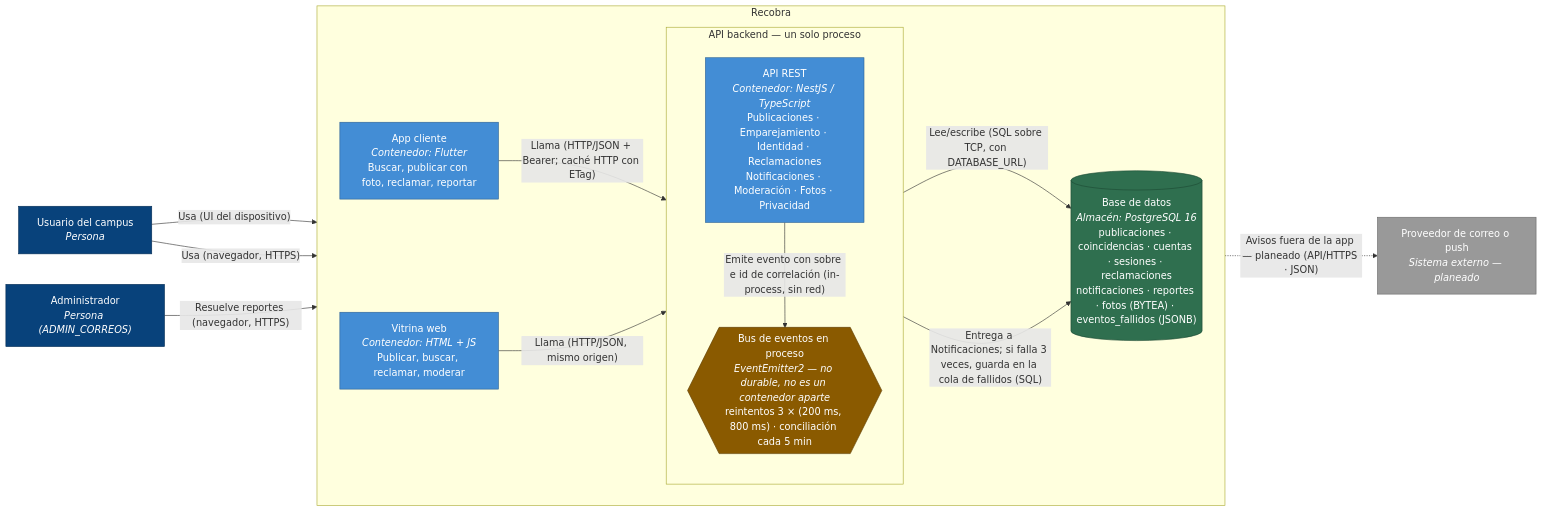
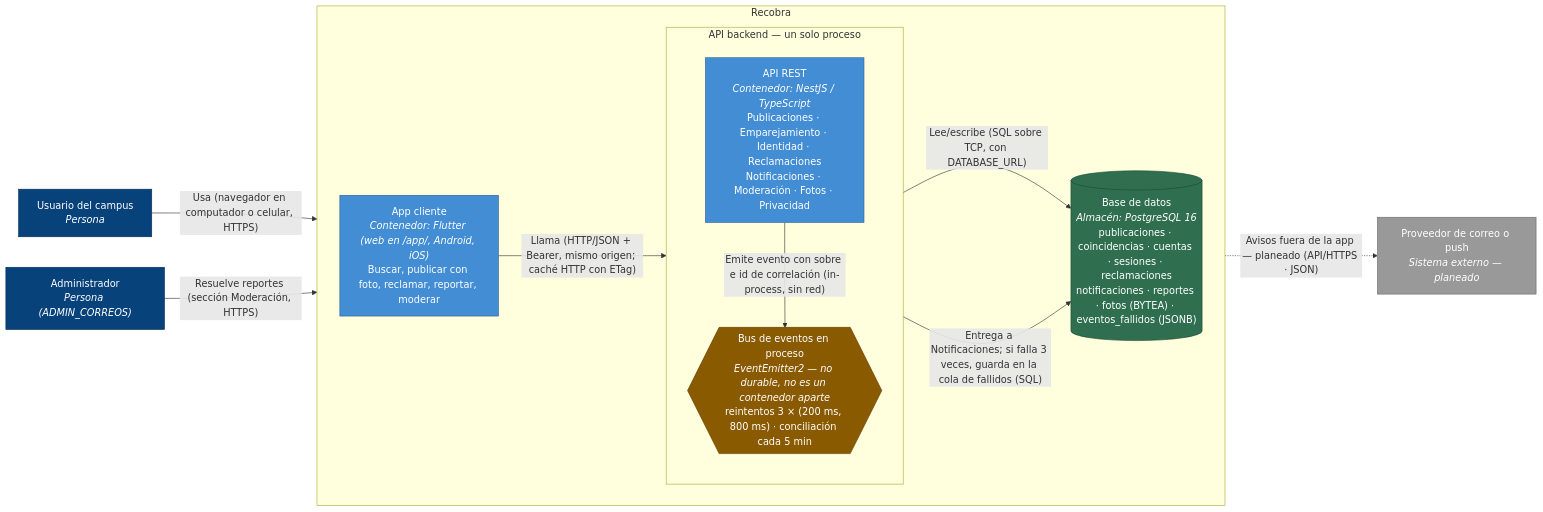
One commit to ISCOUTB/AS_202620_Recobra changed the diagram in docs/c4/C4-C2.md. Above: the diagram before and after it, drawn with Mermaid. The commit also changed other lines of this file and 30 other files, not shown here.

First line of the commit message:
Una sola interfaz: la app Flutter reemplaza la vitrina (ADR-0031)

````diff
--- a/docs/c4/C4-C2.md
+++ b/docs/c4/C4-C2.md
@@ -22,40 +21,37 @@
 ```mermaid
 flowchart LR
     usuario["Usuario del campus<br/><i>Persona</i>"]
     admin["Administrador<br/><i>Persona (ADMIN_CORREOS)</i>"]
     notif["Proveedor de correo o push<br/><i>Sistema externo — planeado</i>"]
 
     subgraph recobra["Recobra"]
         direction LR
-        app["App cliente<br/><i>Contenedor: Flutter</i><br/>Buscar, publicar con foto, reclamar, reportar"]
-        web["Vitrina web<br/><i>Contenedor: HTML + JS</i><br/>Publicar, buscar, reclamar, moderar"]
+        app["App cliente<br/><i>Contenedor: Flutter (web en /app/, Android, iOS)</i><br/>Buscar, publicar con foto, reclamar, reportar, moderar"]
         subgraph apiProceso["API backend — un solo proceso"]
             direction TB
             api["API REST<br/><i>Contenedor: NestJS / TypeScript</i><br/>Publicaciones · Emparejamiento · Identidad · Reclamaciones<br/>Notificaciones · Moderación · Fotos · Privacidad"]
             bus{{"Bus de eventos en proceso<br/><i>EventEmitter2 — no durable, no es un contenedor aparte</i><br/>reintentos 3 × (200 ms, 800 ms) · conciliación cada 5 min"}}
         end
         bd[("Base de datos<br/><i>Almacén: PostgreSQL 16</i><br/>publicaciones · coincidencias · cuentas · sesiones · reclamaciones<br/>notificaciones · reportes · fotos (BYTEA) · eventos_fallidos (JSONB)")]
     end
 
-    usuario -->|"Usa (UI del dispositivo)"| app
-    usuario -->|"Usa (navegador, HTTPS)"| web
-    admin -->|"Resuelve reportes (navegador, HTTPS)"| web
-    app -->|"Llama (HTTP/JSON + Bearer; caché HTTP con ETag)"| api
-    web -->|"Llama (HTTP/JSON, mismo origen)"| api
+    usuario -->|"Usa (navegador en computador o celular, HTTPS)"| app
+    admin -->|"Resuelve reportes (sección Moderación, HTTPS)"| app
+    app -->|"Llama (HTTP/JSON + Bearer, mismo origen; caché HTTP con ETag)"| api
     api -->|"Lee/escribe (SQL sobre TCP, con DATABASE_URL)"| bd
     api -->|"Emite evento con sobre e id de correlación (in-process, sin red)"| bus
     bus -->|"Entrega a Notificaciones; si falla 3 veces, guarda en la cola de fallidos (SQL)"| bd
     api -.->|"Avisos fuera de la app — planeado (API/HTTPS · JSON)"| notif
 
     classDef persona fill:#08427b,color:#fff,stroke:#052e56;
     classDef contenedor fill:#438dd5,color:#fff,stroke:#2e6295;
     classDef almacen fill:#2f6f4f,color:#fff,stroke:#1d4a34;
     classDef broker fill:#8a5a00,color:#fff,stroke:#5c3c00;
     classDef externo fill:#999999,color:#fff,stroke:#6b6b6b;
 
     class usuario,admin persona;
-    class app,web,api contenedor;
+    class app,api contenedor;
     class bd almacen;
     class bus broker;
     class notif externo;
 ```
````
